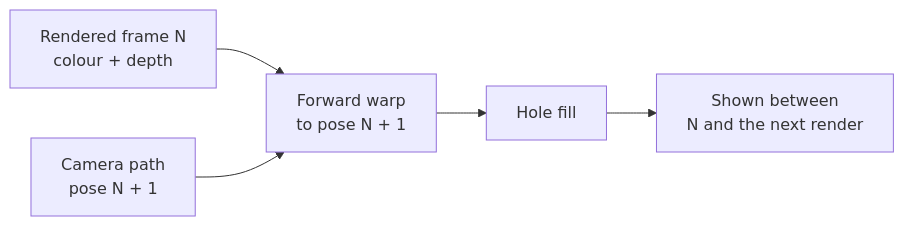
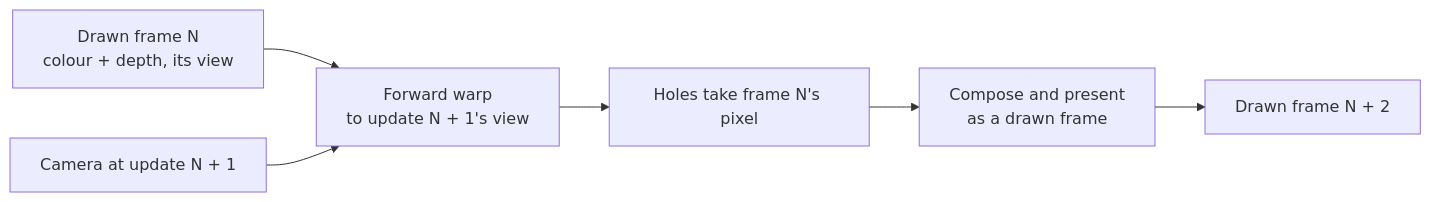
Before and after one commit to jose-villegas/autana: the first of 2 diagrams in docs/render/Frame-Generation.md, drawn with Mermaid. The commit also changed other lines of this file and 13 other files, not shown here.

````diff
--- a/docs/render/Frame-Generation.md
+++ b/docs/render/Frame-Generation.md
@@ -14,7 +14,8 @@
 ```mermaid
 flowchart LR
-    R["Rendered frame N<br/>colour + depth"] --> W["Forward warp<br/>to pose N + 1"]
-    P["Camera path<br/>pose N + 1"] --> W
-    W --> F["Hole fill"]
-    F --> S["Shown between<br/>N and the next render"]
+    D["Drawn frame N<br/>colour + depth, its view"] --> W["Forward warp<br/>to update N + 1's view"]
+    V["Camera at update N + 1"] --> W
+    W --> F["Holes take frame N's pixel"]
+    F --> C["Compose and present<br/>as a drawn frame"]
+    C --> D2["Drawn frame N + 2"]
 ```
````
